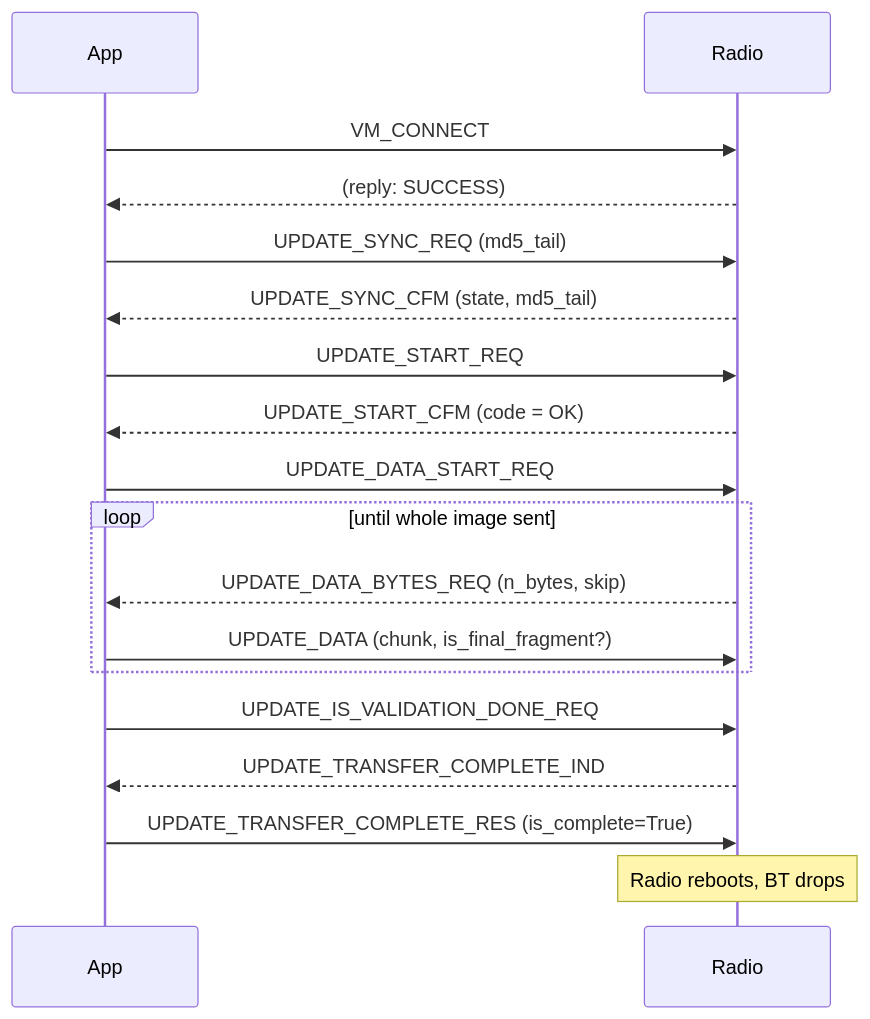
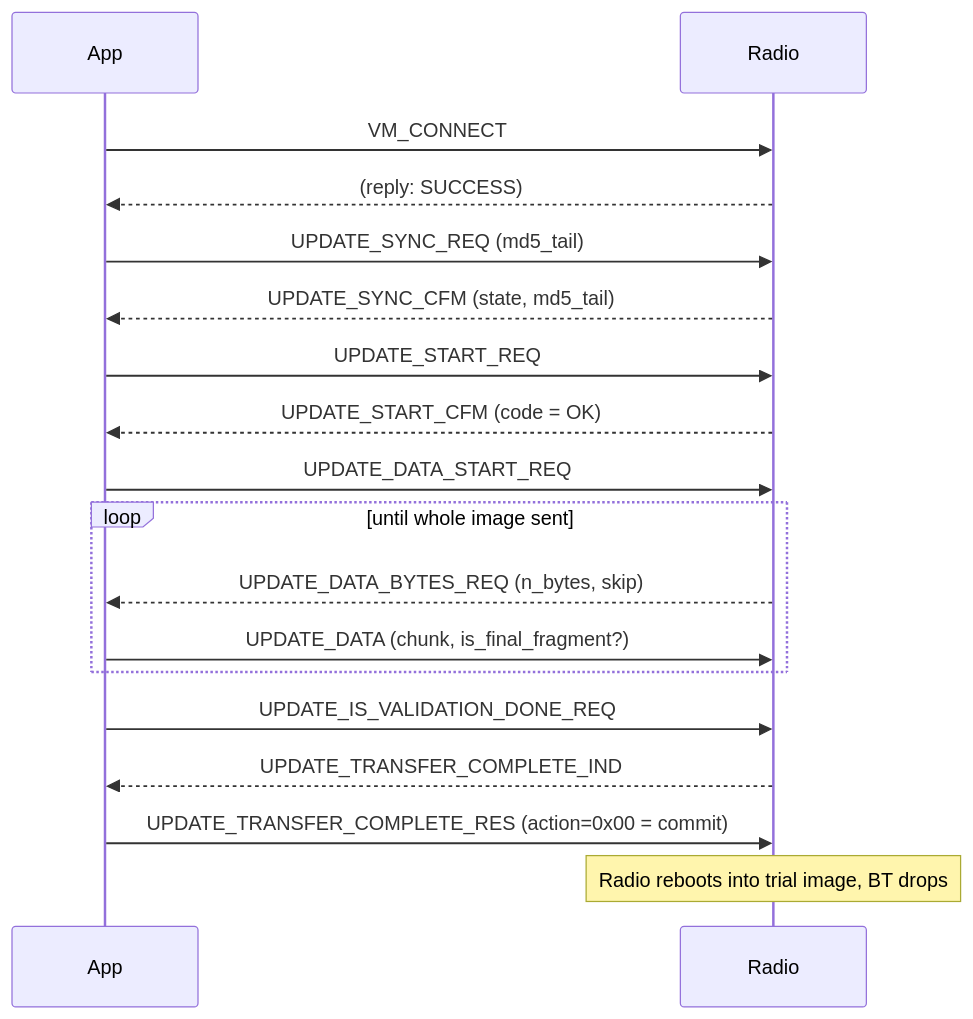
The second of 3 diagrams in docs/blogs/benshi-firmware-update.md (Ylianst/HTCommander), drawn with Mermaid before and after one commit. The commit also changed other lines of this file and 4 other files, not shown here.

````diff
--- a/docs/blogs/benshi-firmware-update.md
+++ b/docs/blogs/benshi-firmware-update.md
@@ -135,20 +154,20 @@
 ```mermaid
 sequenceDiagram
     participant App
     participant Radio
     App->>Radio: VM_CONNECT
     Radio-->>App: (reply: SUCCESS)
     App->>Radio: UPDATE_SYNC_REQ (md5_tail)
     Radio-->>App: UPDATE_SYNC_CFM (state, md5_tail)
     App->>Radio: UPDATE_START_REQ
     Radio-->>App: UPDATE_START_CFM (code = OK)
     App->>Radio: UPDATE_DATA_START_REQ
     loop until whole image sent
         Radio-->>App: UPDATE_DATA_BYTES_REQ (n_bytes, skip)
         App->>Radio: UPDATE_DATA (chunk, is_final_fragment?)
     end
     App->>Radio: UPDATE_IS_VALIDATION_DONE_REQ
     Radio-->>App: UPDATE_TRANSFER_COMPLETE_IND
-    App->>Radio: UPDATE_TRANSFER_COMPLETE_RES (is_complete=True)
-    Note over Radio: Radio reboots, BT drops
+    App->>Radio: UPDATE_TRANSFER_COMPLETE_RES (action=0x00 = commit)
+    Note over Radio: Radio reboots into trial image, BT drops
 ```
````
